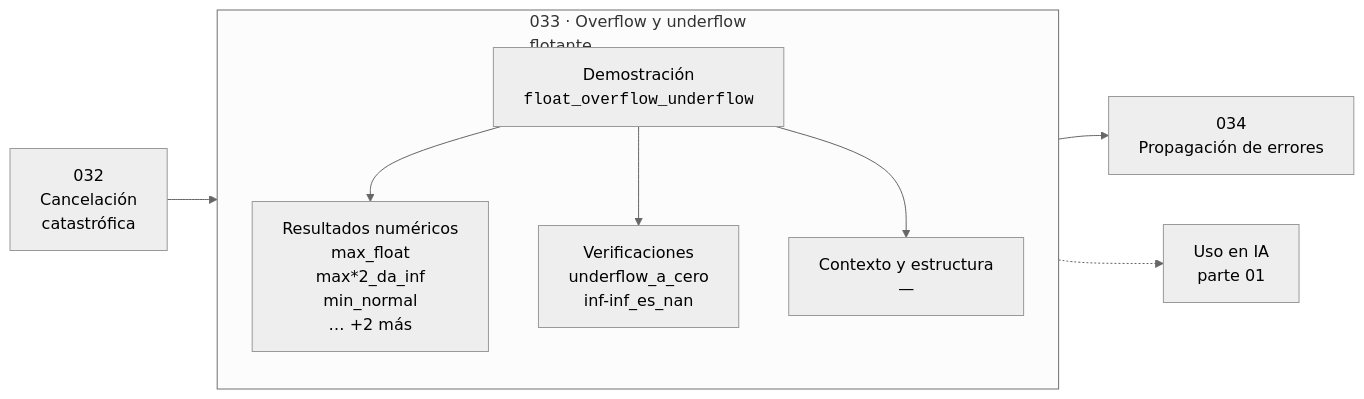
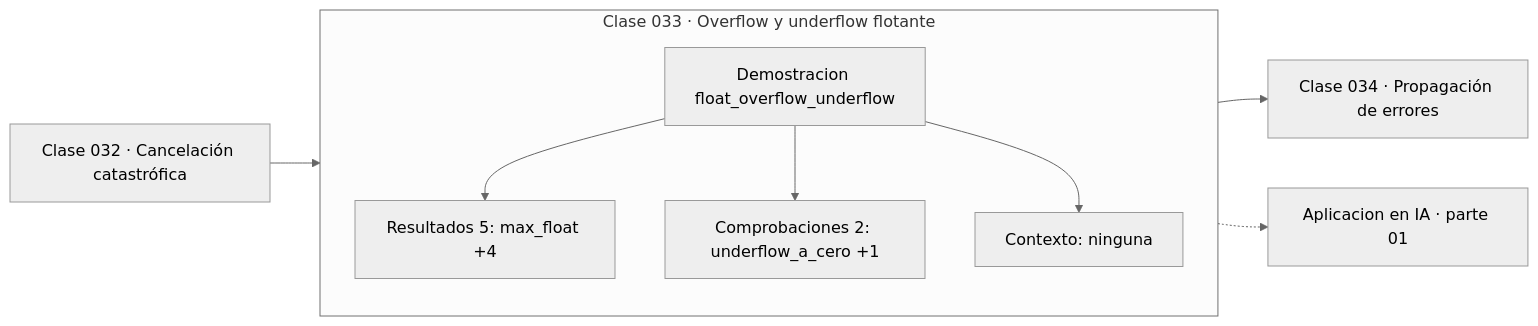
Before and after one commit to vladimiracunadev-create/computational-mathematics-program: the diagram in classes/part-01-aritmetica-computacional-y-representacion-numerica/033-overflow-y-underflow-flotante/README.md, drawn with Mermaid (neutral theme). The commit also changed 389 other files, not shown here.

First line of the commit message:
fix(diagramas): elimina el HTML de las etiquetas Mermaid

````diff
--- a/classes/part-01-aritmetica-computacional-y-representacion-numerica/033-overflow-y-underflow-flotante/README.md
+++ b/classes/part-01-aritmetica-computacional-y-representacion-numerica/033-overflow-y-underflow-flotante/README.md
@@ -35,12 +35,13 @@
 ```mermaid
 flowchart LR
-    P["032<br/>Cancelación<br/>catastrófica"] --> C
-    subgraph C["033 · Overflow y underflow<br/>flotante"]
+    P["Clase 032 · Cancelación catastrófica"] --> D
+    subgraph CLASE["Clase 033 · Overflow y underflow flotante"]
         direction TB
-        D["Demostración<br/><code>float_overflow_underflow</code>"] --> R["Resultados numéricos<br/>max_float<br/>max*2_da_inf<br/>min_normal<br/>… +2 más"]
-        D --> V["Verificaciones<br/>underflow_a_cero<br/>inf-inf_es_nan"]
-        D --> O["Contexto y estructura<br/>—"]
+        D["Demostracion float_overflow_underflow"]
+        D --> R["Resultados 5: max_float +4"]
+        D --> V["Comprobaciones 2: underflow_a_cero +1"]
+        D --> O["Contexto: ninguna"]
     end
-    C --> N["034<br/>Propagación de errores"]
-    C -.-> IA["Uso en IA<br/>parte 01"]
+    R --> N["Clase 034 · Propagación de errores"]
+    V -.-> IA["Aplicacion en IA · parte 01"]
 ```
````
